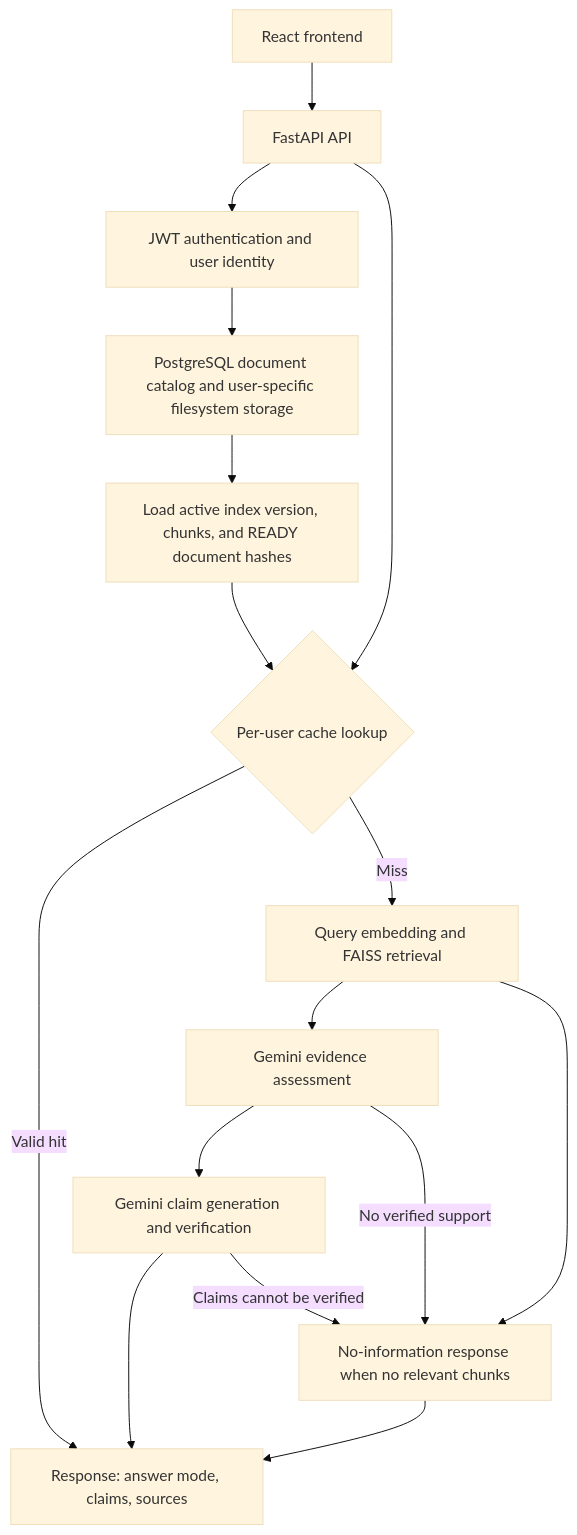
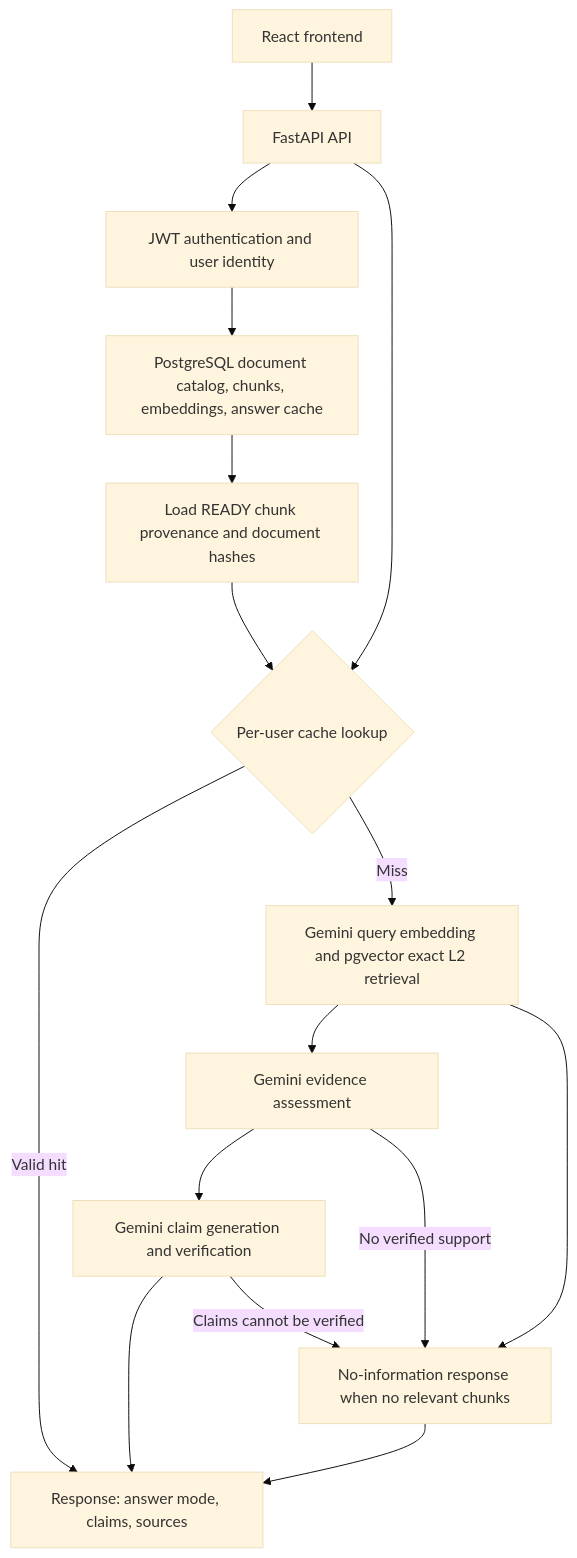
The first of 2 diagrams in README-technical.md (udayankar/Personalized-AI-Learning-Assistant), drawn with Mermaid (base theme) before and after one commit. The commit also changed other lines of this file and 38 other files, not shown here.

Commit message:
Replaced FAISS with pgvector, migrated to Gemini embeddings, and added API rate limiting

````diff
--- a/README-technical.md
+++ b/README-technical.md
@@ -158,18 +158,18 @@
 ```mermaid
 flowchart TD
     A[React frontend] --> B[FastAPI API]
     B --> C[JWT authentication and user identity]
-    C --> D[PostgreSQL document catalog and user-specific filesystem storage]
-    D --> E[Load active index version, chunks, and READY document hashes]
+    C --> D[PostgreSQL document catalog, chunks, embeddings, answer cache]
+    D --> E[Load READY chunk provenance and document hashes]
     B --> F{Per-user cache lookup}
     E --> F
     F -->|Valid hit| K[Response: answer mode, claims, sources]
-    F -->|Miss| G[Query embedding and FAISS retrieval]
+    F -->|Miss| G[Gemini query embedding and pgvector exact L2 retrieval]
     G --> H[Gemini evidence assessment]
     H --> I[Gemini claim generation and verification]
     I --> K
     G --> J[No-information response when no relevant chunks]
     H -->|No verified support| J
     I -->|Claims cannot be verified| J
     J --> K
 ```
````
